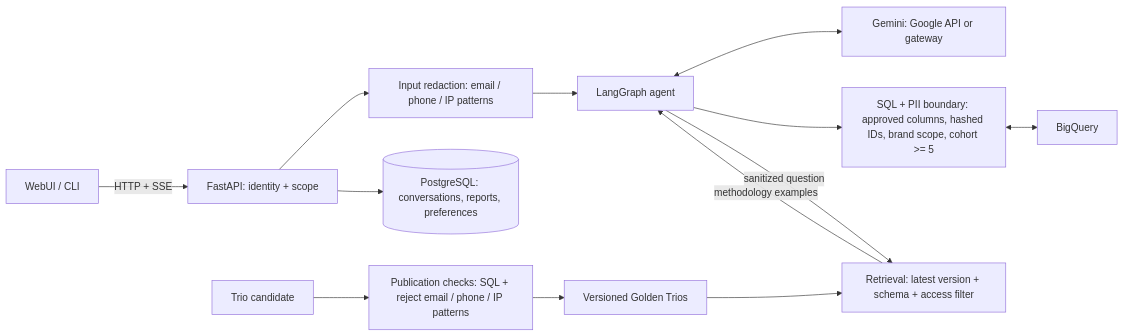
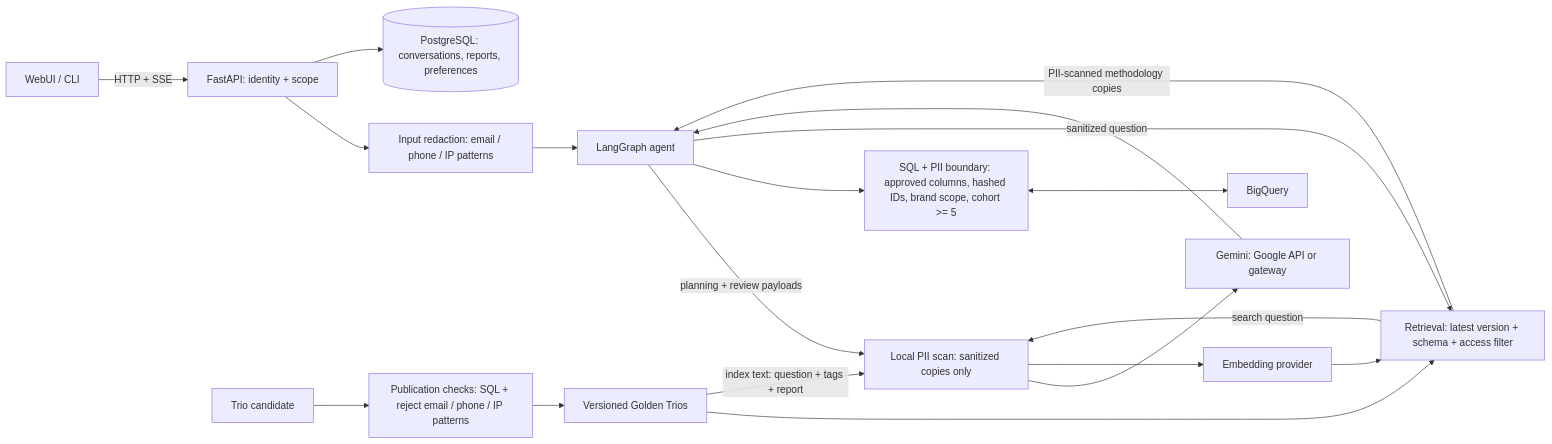
Before and after one commit to ottergottaott/retail-text-to-sql: the diagram in docs/architecture.md, drawn with Mermaid. The commit also changed other lines of this file and 9 other files, not shown here.

````diff
--- a/docs/architecture.md
+++ b/docs/architecture.md
@@ -6,15 +6,21 @@
 ```mermaid
 flowchart LR
   UI[WebUI / CLI] -->|HTTP + SSE| API[FastAPI: identity + scope]
   API --> Input[Input redaction: email / phone / IP patterns]
   Input --> Agent[LangGraph agent]
-  Agent <--> Model[Gemini: Google API or gateway]
+  Agent -->|planning + review payloads| Egress[Local PII scan: sanitized copies only]
+  Egress --> Model[Gemini: Google API or gateway]
+  Model --> Agent
   Agent --> SQL[SQL + PII boundary: approved columns, hashed IDs, brand scope, cohort >= 5]
   SQL <--> BQ[BigQuery]
   Candidate[Trio candidate] --> Gate[Publication checks: SQL + reject email / phone / IP patterns]
   Gate --> RAG[Versioned Golden Trios]
   Agent -->|sanitized question| Retrieval[Retrieval: latest version + schema + access filter]
   RAG --> Retrieval
-  Retrieval -->|methodology examples| Agent
+  Retrieval -->|PII-scanned methodology copies| Agent
+  RAG -->|index text: question + tags + report| Egress
+  Retrieval -->|search question| Egress
+  Egress --> Embeddings[Embedding provider]
+  Embeddings --> Retrieval
   API --> DB[(PostgreSQL: conversations, reports, preferences)]
 ```
````
